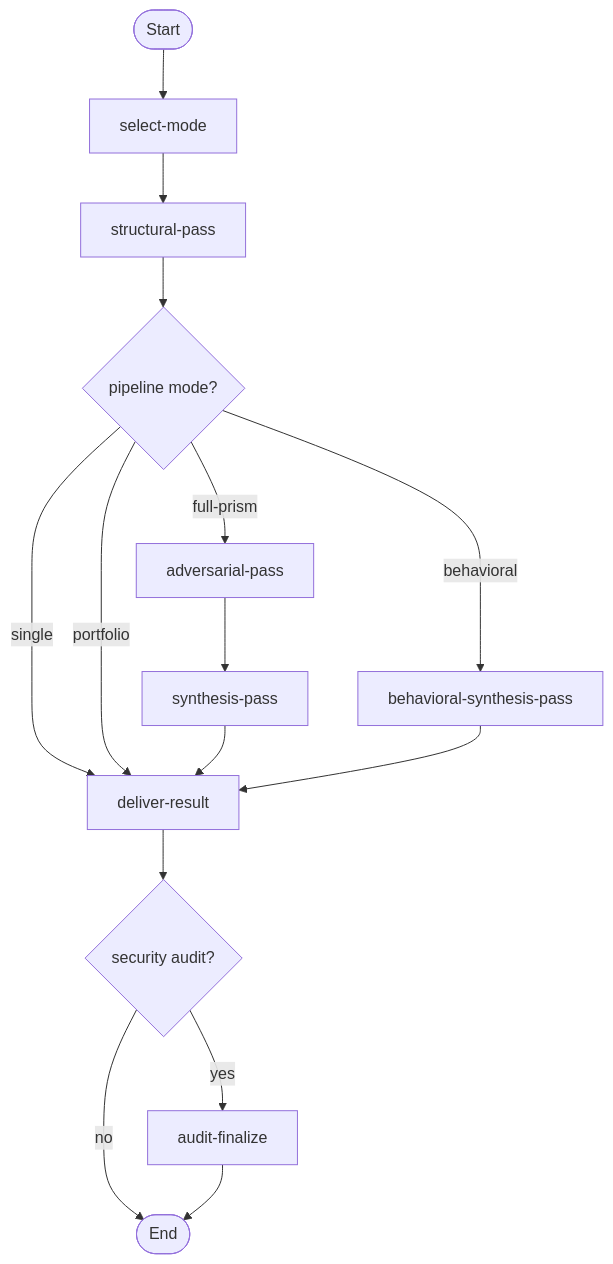
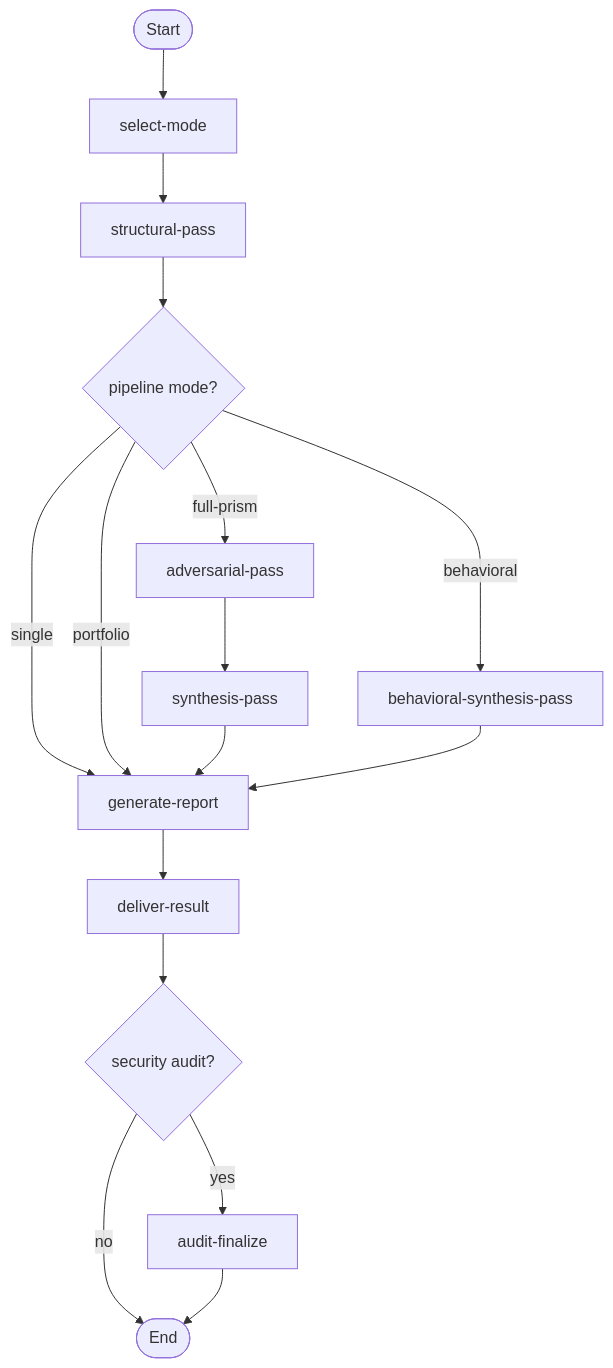
One commit to m2ux/workflow-server changed the first of 2 diagrams in prism/README.md. Above: the diagram before and after it, drawn with Mermaid. The commit also changed other lines of this file and 8 other files, not shown here.

First line of the commit message:
feat(prism): add generate-report activity for clean final report output

````diff
--- a/prism/README.md
+++ b/prism/README.md
@@ -107,20 +107,21 @@
 ```mermaid
 graph TD
     Start([Start]) --> SM["select-mode"]
     SM --> SP["structural-pass"]
 
     SP --> MODE{"pipeline mode?"}
-    MODE -->|"single"| DR["deliver-result"]
-    MODE -->|"portfolio"| DR
+    MODE -->|"single"| GR["generate-report"]
+    MODE -->|"portfolio"| GR
     MODE -->|"full-prism"| AP["adversarial-pass"]
     MODE -->|"behavioral"| BSP["behavioral-synthesis-pass"]
 
     AP --> SYN["synthesis-pass"]
-    SYN --> DR
+    SYN --> GR
 
-    BSP --> DR
+    BSP --> GR
+    GR --> DR["deliver-result"]
     DR --> AF{"security audit?"}
     AF -->|yes| AUD["audit-finalize"]
     AF -->|no| Done([End])
     AUD --> Done
 ```
````
